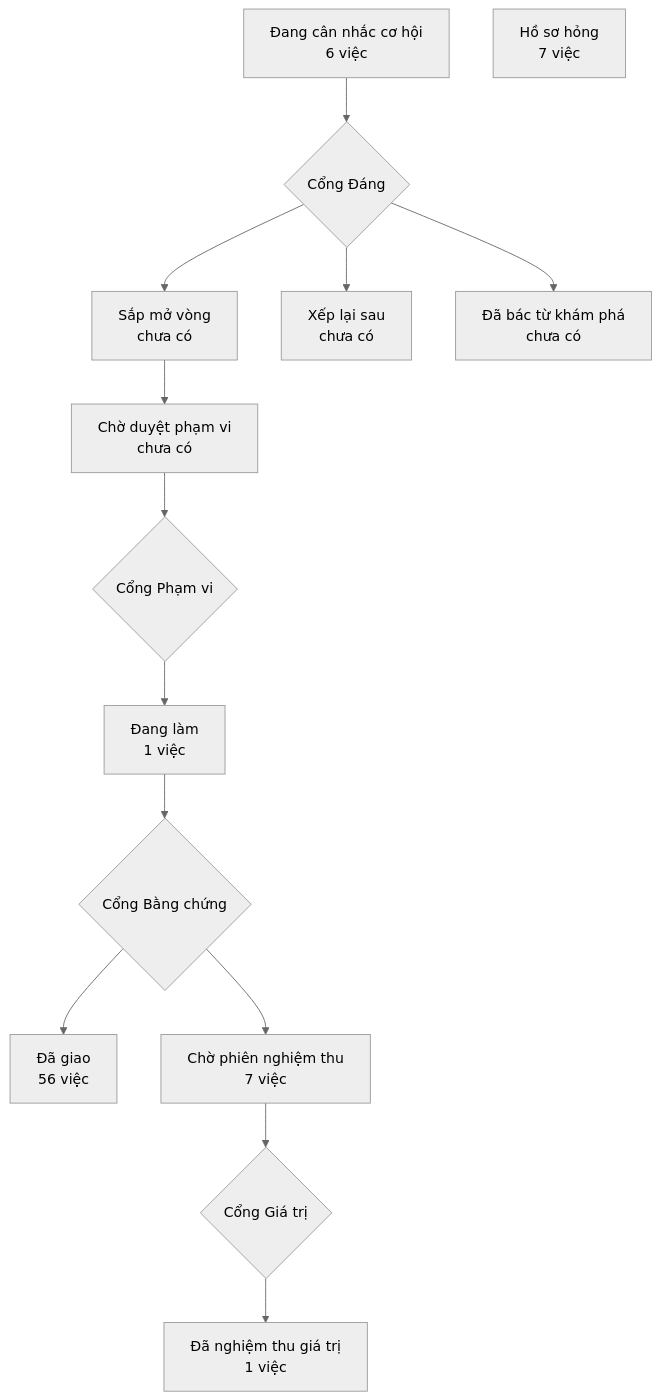
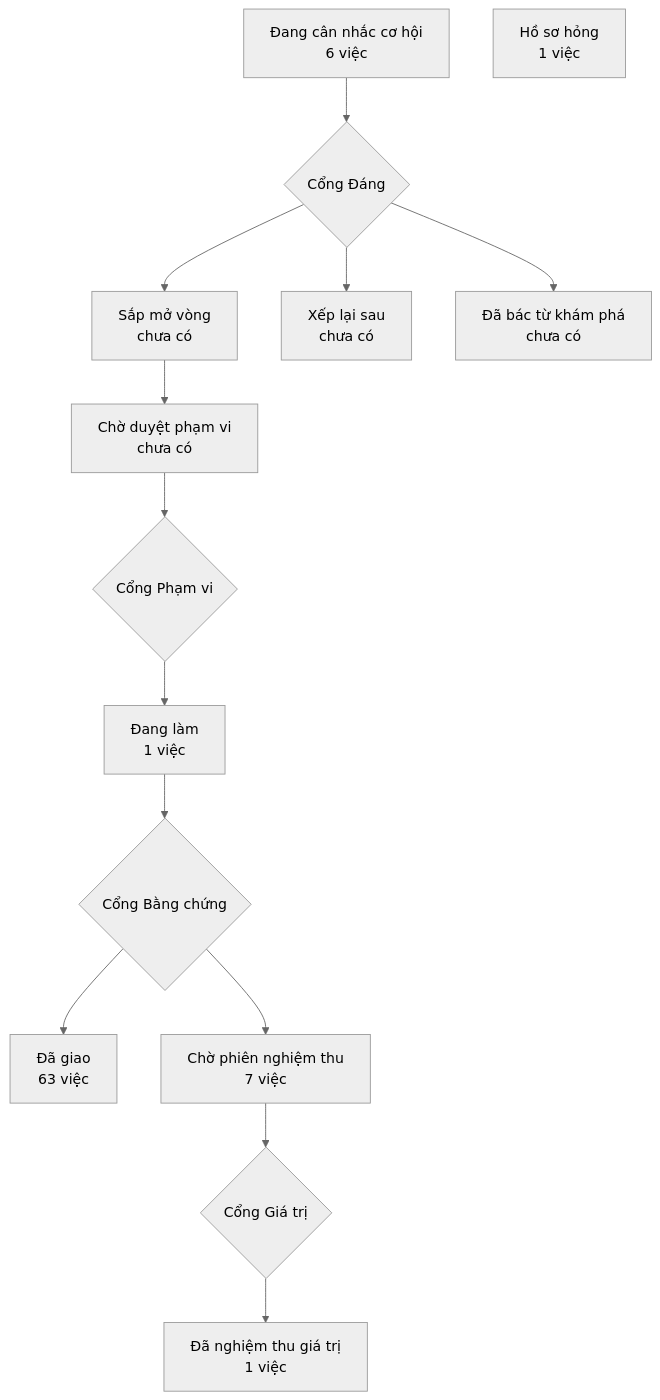
The diagram in PRODUCT-MAP.md (phanlemanh/crm-onehub), drawn with Mermaid (neutral theme) before and after one commit. The commit also changed other lines of this file, not shown here.

````diff
--- a/PRODUCT-MAP.md
+++ b/PRODUCT-MAP.md
@@ -6,13 +6,13 @@
 ```mermaid
 flowchart TD
   A["Đang cân nhắc cơ hội<br/>6 việc"] --> GD{"Cổng Đáng"}
   GD --> B["Sắp mở vòng<br/>chưa có"]
   GD --> XL["Xếp lại sau<br/>chưa có"]
   GD --> DB["Đã bác từ khám phá<br/>chưa có"]
   B --> CD["Chờ duyệt phạm vi<br/>chưa có"] --> GP{"Cổng Phạm vi"}
   GP --> DL["Đang làm<br/>1 việc"] --> GB{"Cổng Bằng chứng"}
-  GB --> DG["Đã giao<br/>56 việc"]
+  GB --> DG["Đã giao<br/>63 việc"]
   GB --> CN["Chờ phiên nghiệm thu<br/>7 việc"] --> GG{"Cổng Giá trị"}
   GG --> NT["Đã nghiệm thu giá trị<br/>1 việc"]
-  HS["Hồ sơ hỏng<br/>7 việc"]
+  HS["Hồ sơ hỏng<br/>1 việc"]
 ```
````
